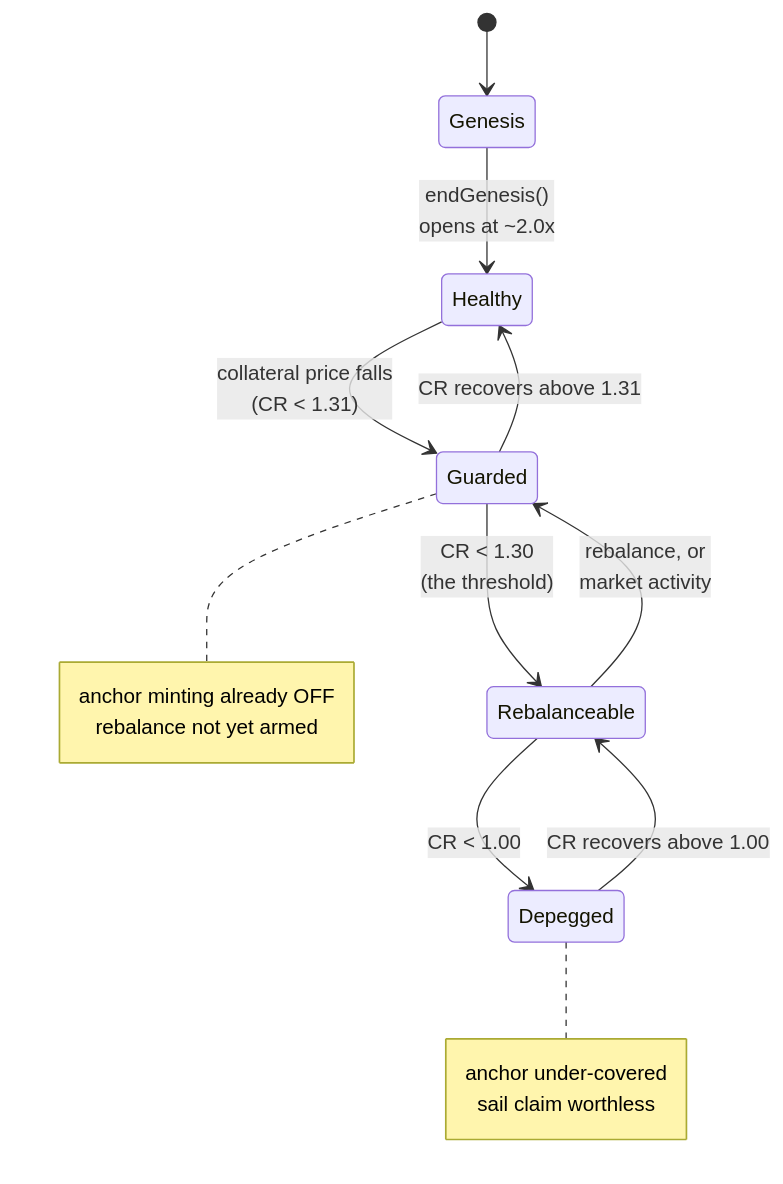
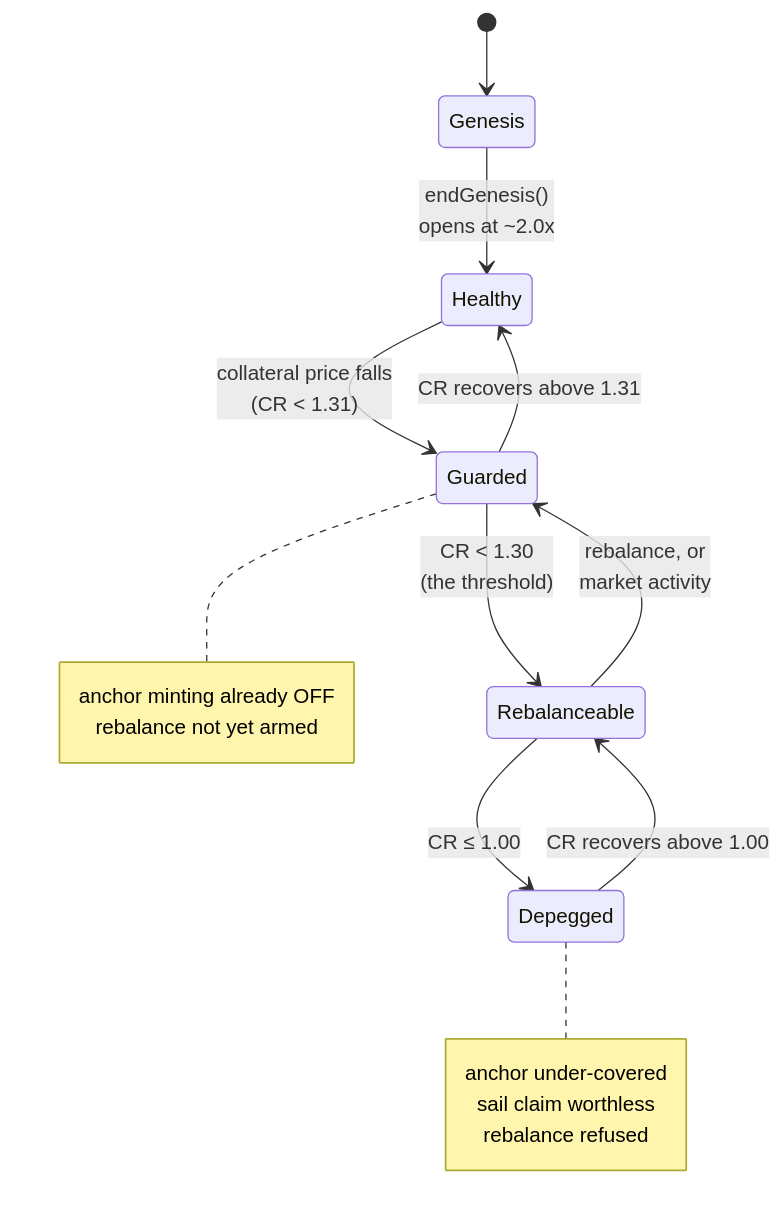
Diagram 16 of 16 in doc/functional-spec.md (baofinance/harbor), drawn with Mermaid before and after one commit. The commit also changed other lines of this file and 14 other files, not shown here.

````diff
--- a/doc/functional-spec.md
+++ b/doc/functional-spec.md
@@ -2416,21 +2485,22 @@
 ```mermaid
 stateDiagram-v2
     [*] --> Genesis
     Genesis --> Healthy: endGenesis()<br/>opens at ~2.0x
 
     Healthy --> Guarded: collateral price falls<br/>(CR < 1.31)
     Guarded --> Healthy: CR recovers above 1.31
     Guarded --> Rebalanceable: CR < 1.30<br/>(the threshold)
     Rebalanceable --> Guarded: rebalance, or<br/>market activity
-    Rebalanceable --> Depegged: CR < 1.00
+    Rebalanceable --> Depegged: CR ≤ 1.00
     Depegged --> Rebalanceable: CR recovers above 1.00
 
     note right of Guarded
         anchor minting already OFF
         rebalance not yet armed
     end note
     note right of Depegged
         anchor under-covered
         sail claim worthless
+        rebalance refused
     end note
 ```
````
